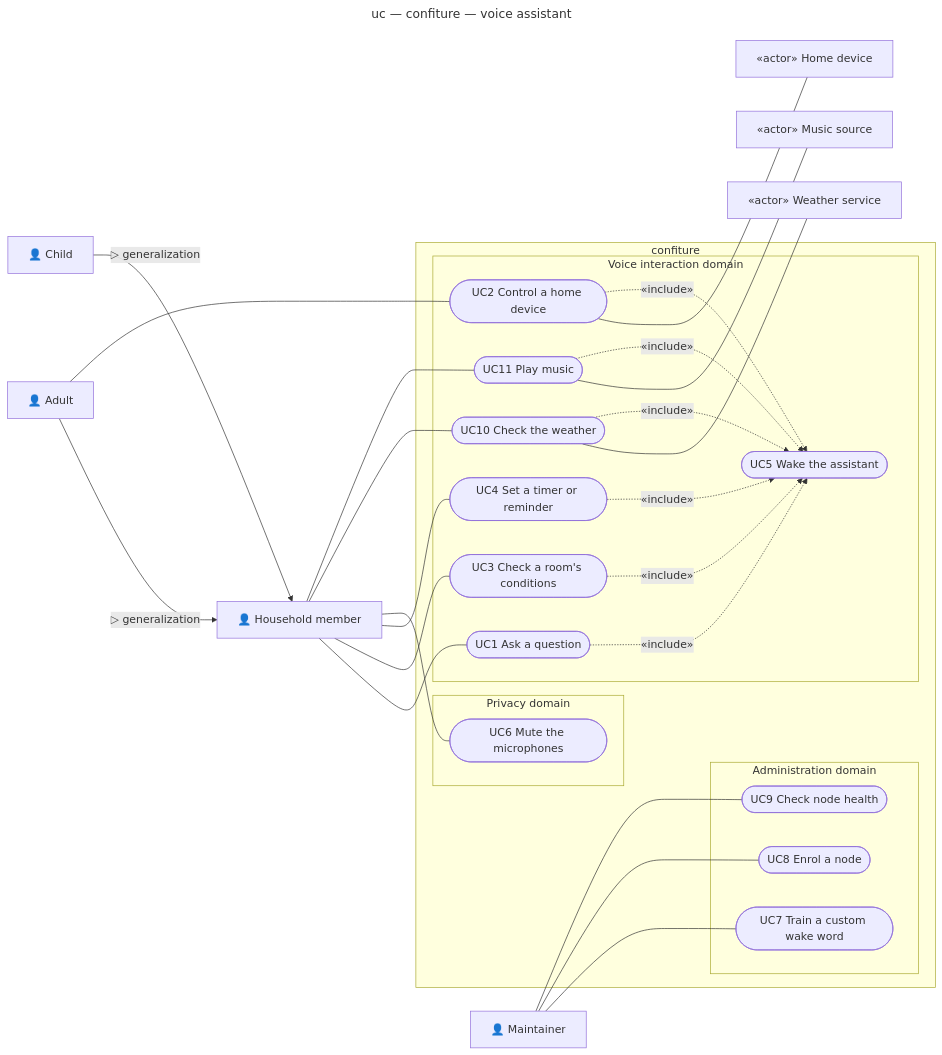
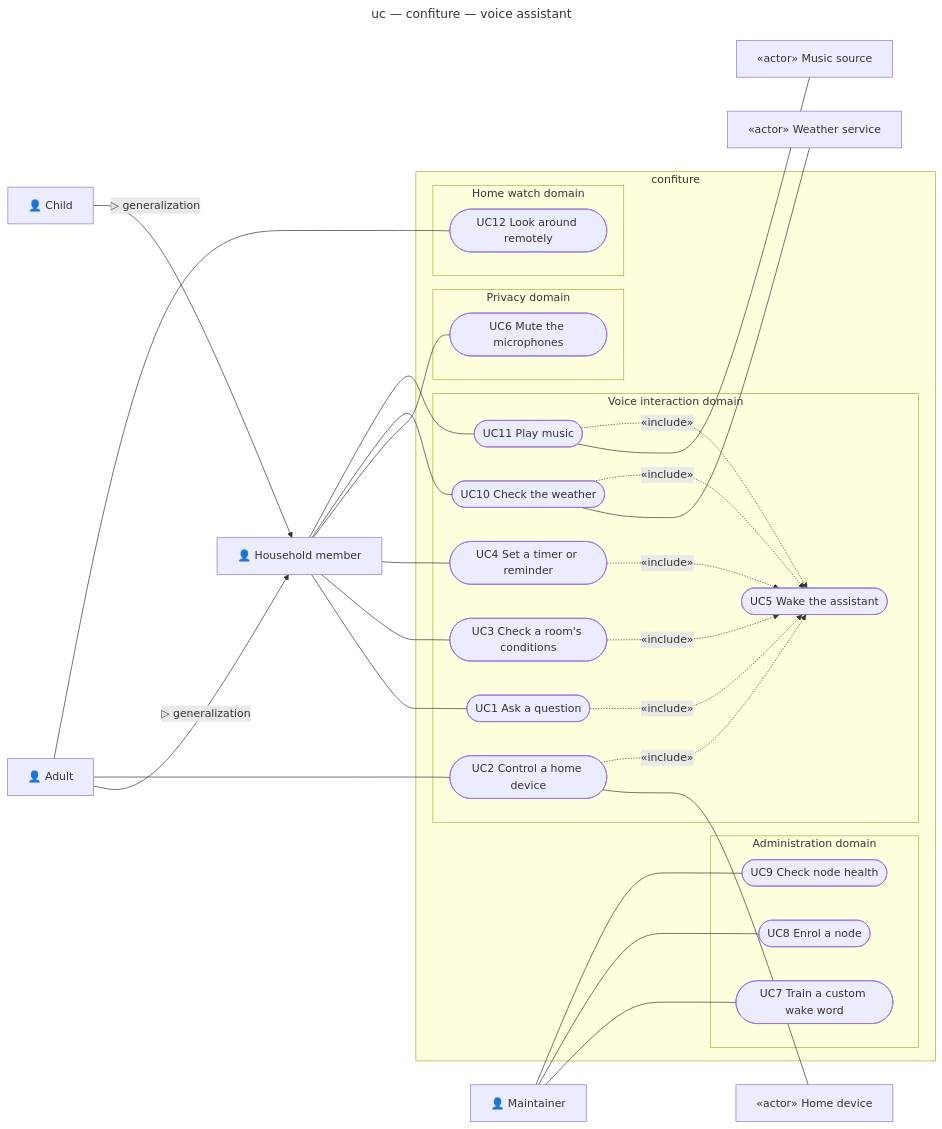
The diagram in docs/architecture/diagrams/voice-assistant/01-use-case.md (benoit-bremaud/confiture), drawn with Mermaid before and after one commit. The commit also changed 17 other files, not shown here.

````diff
--- a/docs/architecture/diagrams/voice-assistant/01-use-case.md
+++ b/docs/architecture/diagrams/voice-assistant/01-use-case.md
@@ -16,56 +16,60 @@
 ```mermaid
 ---
 title: uc — confiture — voice assistant
 ---
 flowchart LR
   Household["👤 Household member"]
   Adult["👤 Adult"]
   Child["👤 Child"]
   Maintainer["👤 Maintainer"]
   HomeDevice["«actor» Home device"]
   WeatherSvc["«actor» Weather service"]
   MusicSrc["«actor» Music source"]
 
   subgraph SUBJECT ["confiture"]
     subgraph Voice ["Voice interaction domain"]
       UC1(["UC1 Ask a question"])
       UC2(["UC2 Control a home device"])
       UC3(["UC3 Check a room's conditions"])
       UC4(["UC4 Set a timer or reminder"])
       UC5(["UC5 Wake the assistant"])
       UC10(["UC10 Check the weather"])
       UC11(["UC11 Play music"])
     end
     subgraph Privacy ["Privacy domain"]
       UC6(["UC6 Mute the microphones"])
     end
+    subgraph Watch ["Home watch domain"]
+      UC12(["UC12 Look around remotely"])
+    end
     subgraph Admin ["Administration domain"]
       UC7(["UC7 Train a custom wake word"])
       UC8(["UC8 Enrol a node"])
       UC9(["UC9 Check node health"])
     end
   end
 
   Adult -->|"▷ generalization"| Household
   Child -->|"▷ generalization"| Household
   Household --- UC1
   Adult --- UC2
   Household --- UC3
   Household --- UC4
   Household --- UC6
   Household --- UC10
   Household --- UC11
   UC2 --- HomeDevice
   UC10 --- WeatherSvc
   UC11 --- MusicSrc
   Maintainer --- UC7
   Maintainer --- UC8
   Maintainer --- UC9
+  Adult --- UC12
 
   UC1 -.->|"«include»"| UC5
   UC2 -.->|"«include»"| UC5
   UC3 -.->|"«include»"| UC5
   UC4 -.->|"«include»"| UC5
   UC10 -.->|"«include»"| UC5
   UC11 -.->|"«include»"| UC5
 ```
````
